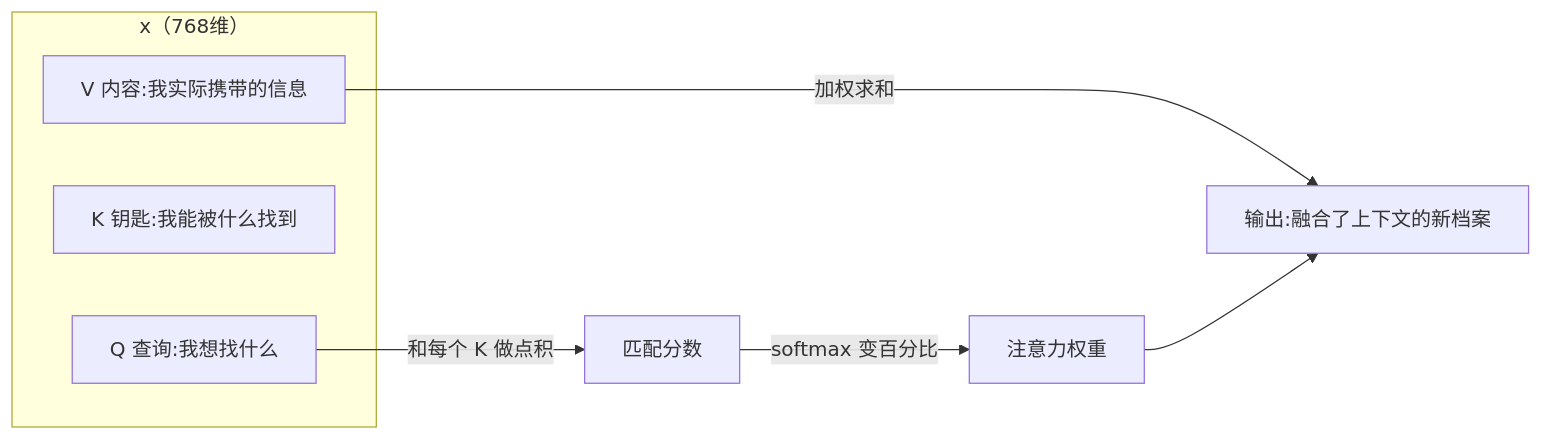
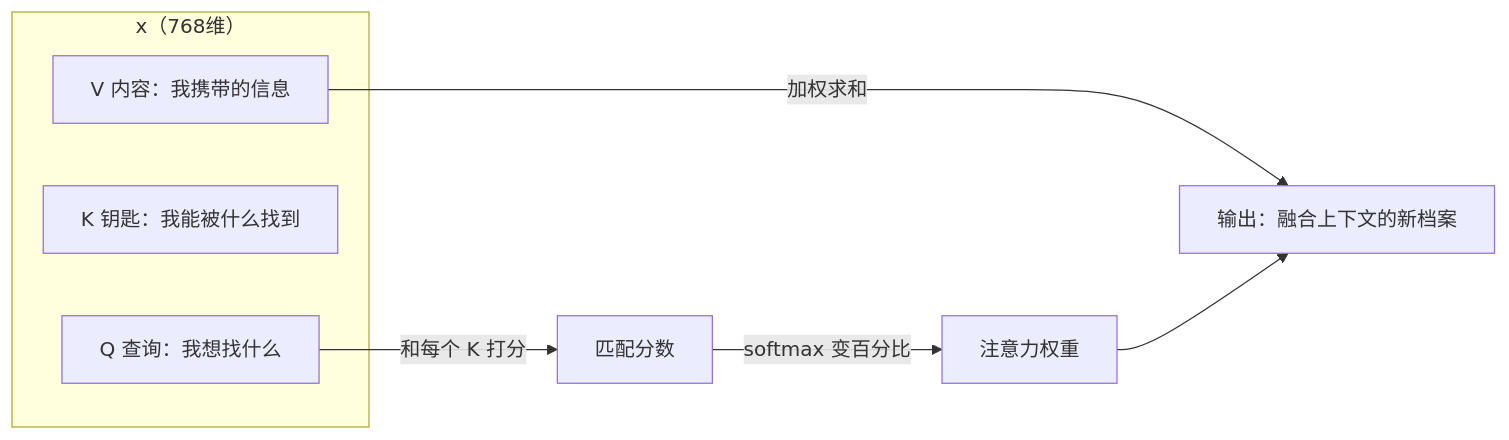
One commit to leing2021/ai-learn changed the second of 3 diagrams in content/02-architecture.md. Above: the diagram before and after it, drawn with Mermaid. The commit also changed other lines of this file and 1 other file, not shown here.

````diff
--- a/content/02-architecture.md
+++ b/content/02-architecture.md
@@ -65,12 +63,12 @@
 ```mermaid
 flowchart LR
     subgraph 每个token的档案["x（768维）"]
-        Q["Q 查询:我想找什么"]
-        K["K 钥匙:我能被什么找到"]
-        V["V 内容:我实际携带的信息"]
+        Q["Q 查询：我想找什么"]
+        K["K 钥匙：我能被什么找到"]
+        V["V 内容：我携带的信息"]
     end
-    Q -->|"和每个 K 做点积"| S["匹配分数"]
-    S -->|"softmax 变百分比"| W["注意力权重"]
-    V -->|"加权求和"| O["输出:融合了上下文的新档案"]
+    Q -->|和每个 K 打分| S["匹配分数"]
+    S -->|softmax 变百分比| W["注意力权重"]
+    V -->|加权求和| O["输出：融合上下文的新档案"]
     W --> O
 ```
````
